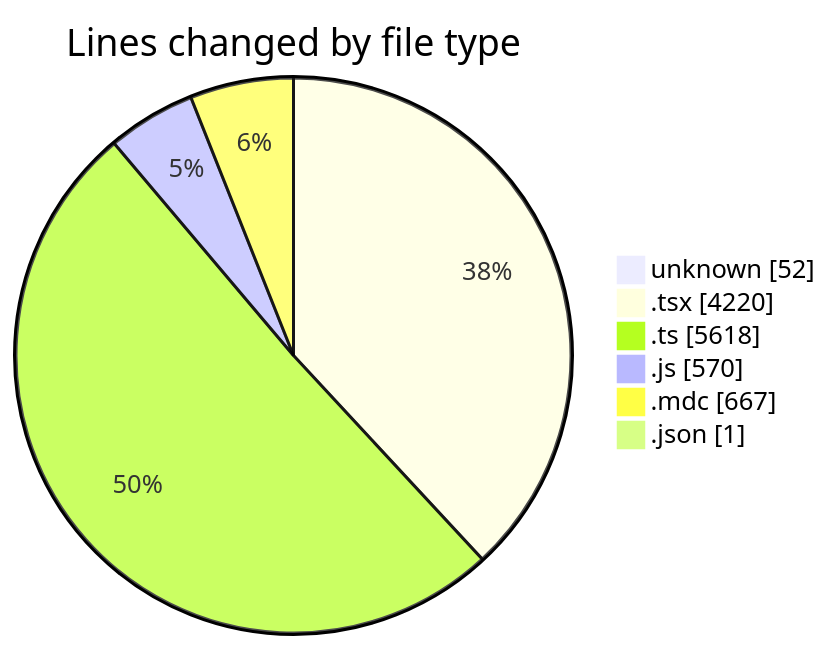
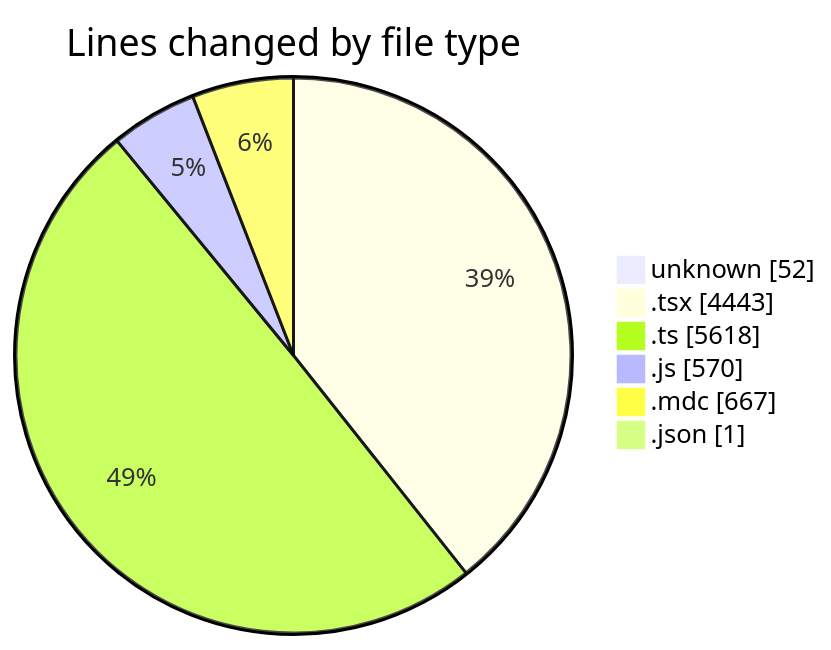
One commit to CELIANVF/code-tracking changed the first of 2 diagrams in 2025-06-02/ecodeli-1/README.md. Above: the diagram before and after it, drawn with Mermaid. The commit also changed other lines of this file and 1 other file, not shown here.

````diff
--- a/2025-06-02/ecodeli-1/README.md
+++ b/2025-06-02/ecodeli-1/README.md
@@ -68,10 +68,10 @@
 ```mermaid
 pie showData
 title Lines changed by file type
 "unknown" : 52
-".tsx" : 4220
+".tsx" : 4443
 ".ts" : 5618
 ".js" : 570
 ".mdc" : 667
 ".json" : 1
 ```
````
